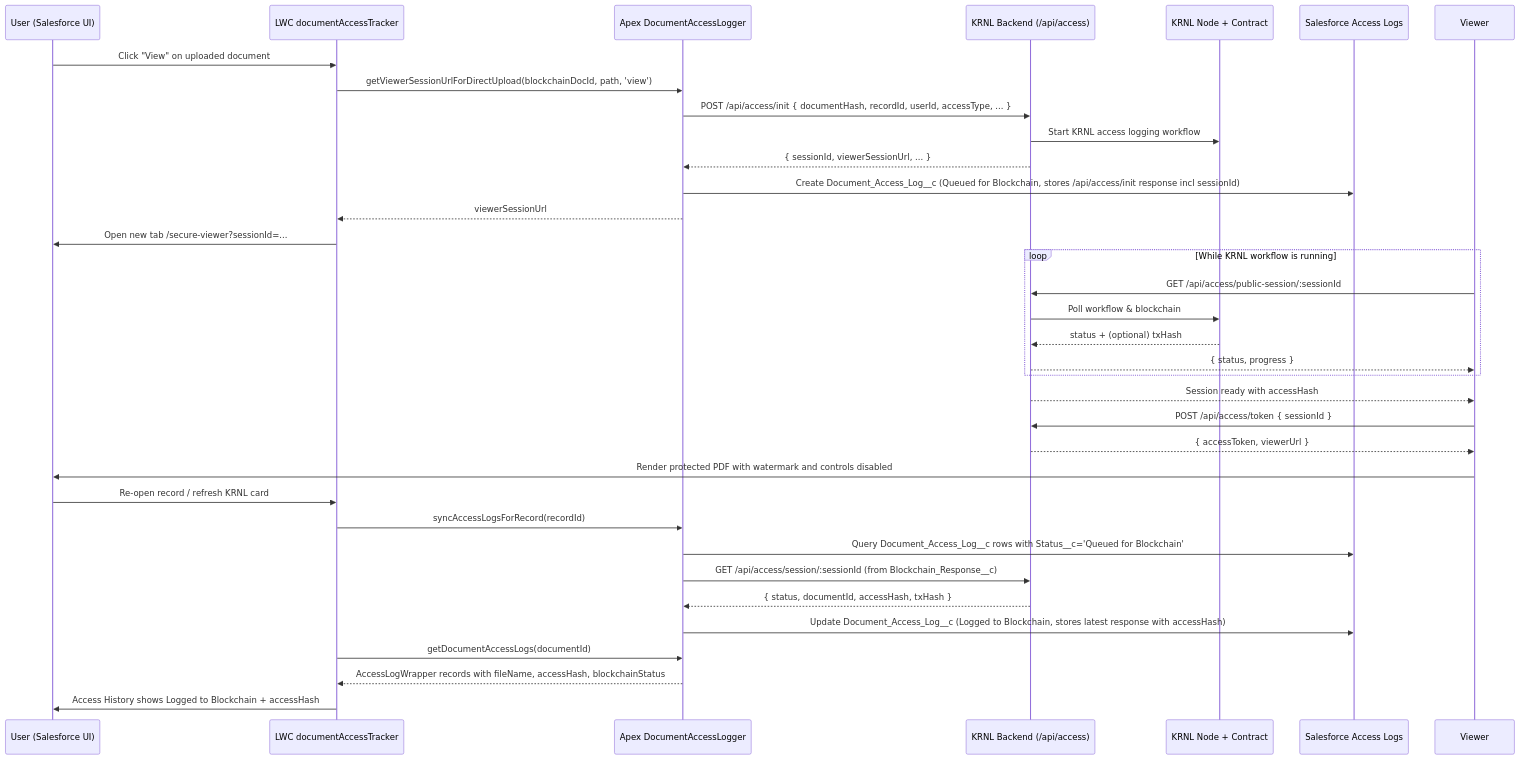
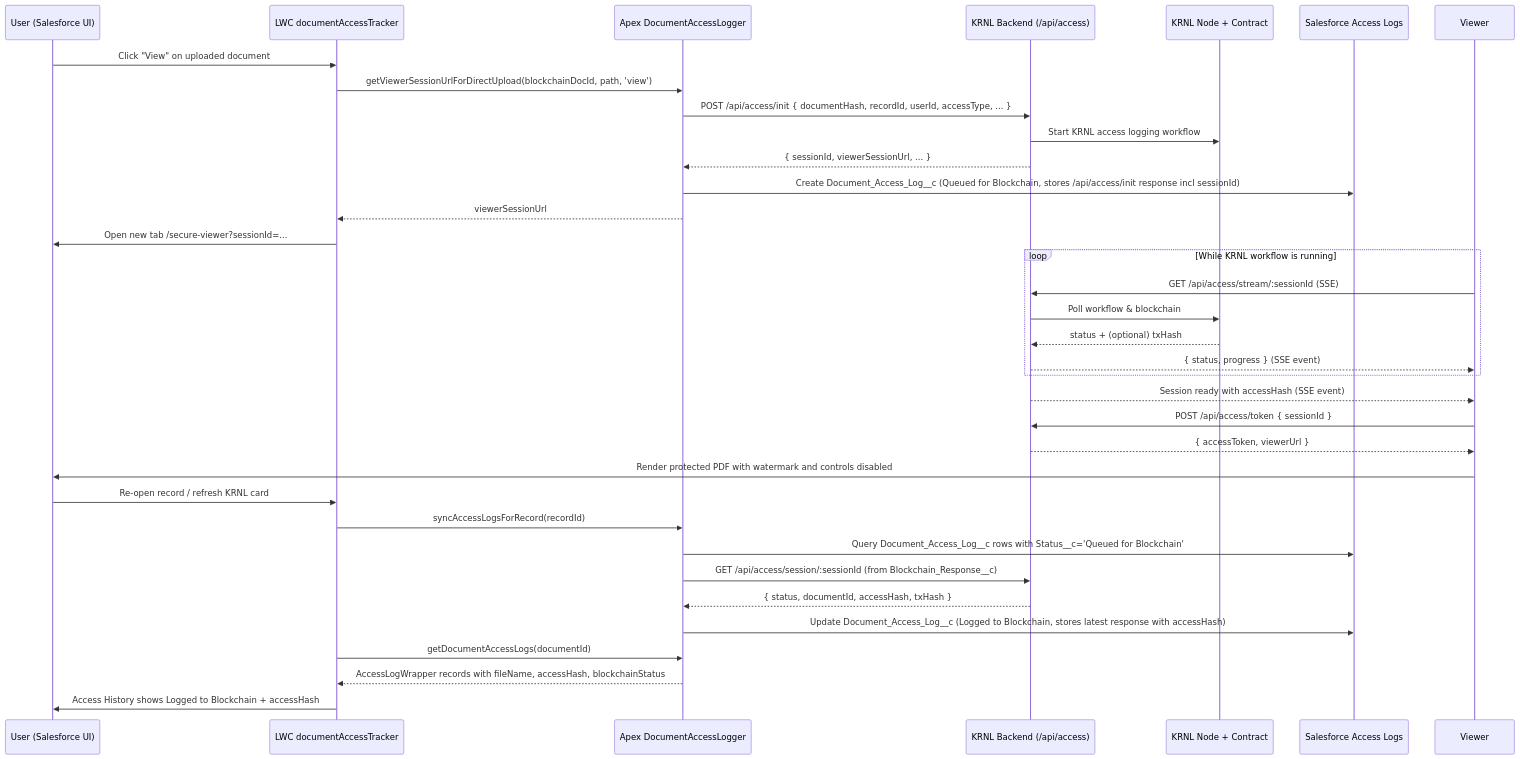
Before and after one commit to KRNL-Labs/salesforce-krnl: the diagram in salesforce-krnl/README.md, drawn with Mermaid. The commit also changed other lines of this file and 37 other files, not shown here.

````diff
--- a/salesforce-krnl/README.md
+++ b/salesforce-krnl/README.md
@@ -204,40 +204,40 @@
 ```mermaid
 sequenceDiagram
     participant U as User (Salesforce UI)
     participant L as LWC documentAccessTracker
     participant A as Apex DocumentAccessLogger
     participant B as KRNL Backend (/api/access)
     participant K as KRNL Node + Contract
     participant S as Salesforce Access Logs
 
     U->>L: Click "View" on uploaded document
     L->>A: getViewerSessionUrlForDirectUpload(blockchainDocId, path, 'view')
     A->>B: POST /api/access/init { documentHash, recordId, userId, accessType, ... }
     B->>K: Start KRNL access logging workflow
     B-->>A: { sessionId, viewerSessionUrl, ... }
     A->>S: Create Document_Access_Log__c (Queued for Blockchain, stores /api/access/init response incl sessionId)
     A-->>L: viewerSessionUrl
     L->>U: Open new tab /secure-viewer?sessionId=...
 
     loop While KRNL workflow is running
-        Viewer->>B: GET /api/access/public-session/:sessionId
+        Viewer->>B: GET /api/access/stream/:sessionId (SSE)
         B->>K: Poll workflow & blockchain
         K-->>B: status + (optional) txHash
-        B-->>Viewer: { status, progress }
+        B-->>Viewer: { status, progress } (SSE event)
     end
 
-    B-->>Viewer: Session ready with accessHash
+    B-->>Viewer: Session ready with accessHash (SSE event)
     Viewer->>B: POST /api/access/token { sessionId }
     B-->>Viewer: { accessToken, viewerUrl }
     Viewer->>U: Render protected PDF with watermark and controls disabled
 
     U->>L: Re-open record / refresh KRNL card
     L->>A: syncAccessLogsForRecord(recordId)
     A->>S: Query Document_Access_Log__c rows with Status__c='Queued for Blockchain'
     A->>B: GET /api/access/session/:sessionId (from Blockchain_Response__c)
     B-->>A: { status, documentId, accessHash, txHash }
     A->>S: Update Document_Access_Log__c (Logged to Blockchain, stores latest response with accessHash)
     L->>A: getDocumentAccessLogs(documentId)
     A-->>L: AccessLogWrapper records with fileName, accessHash, blockchainStatus
     L->>U: Access History shows Logged to Blockchain + accessHash
 ```
````
